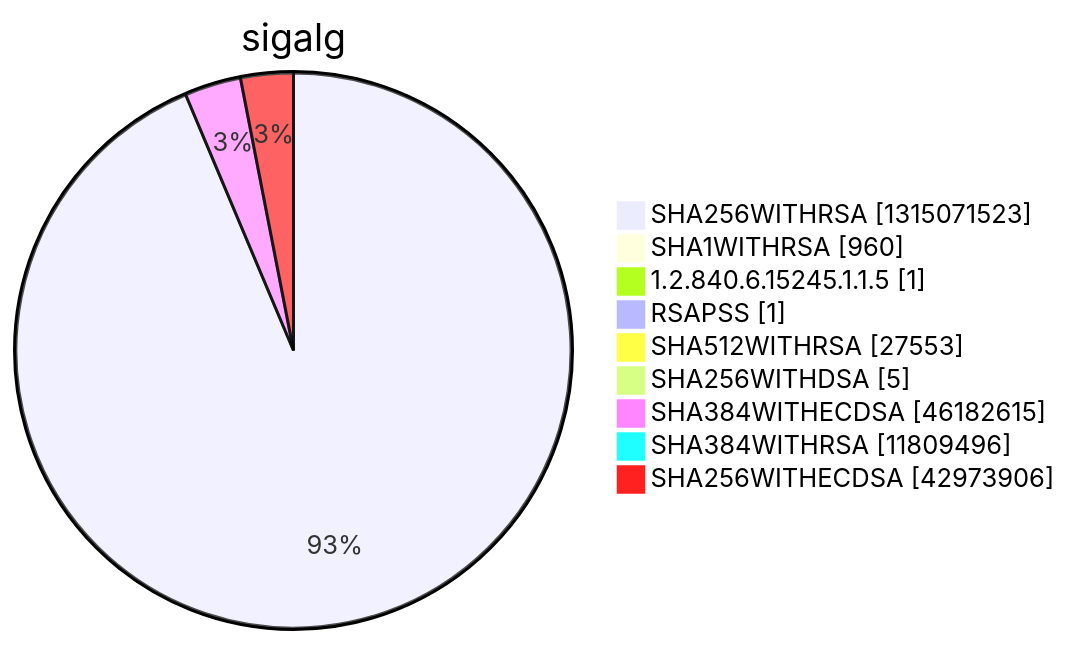
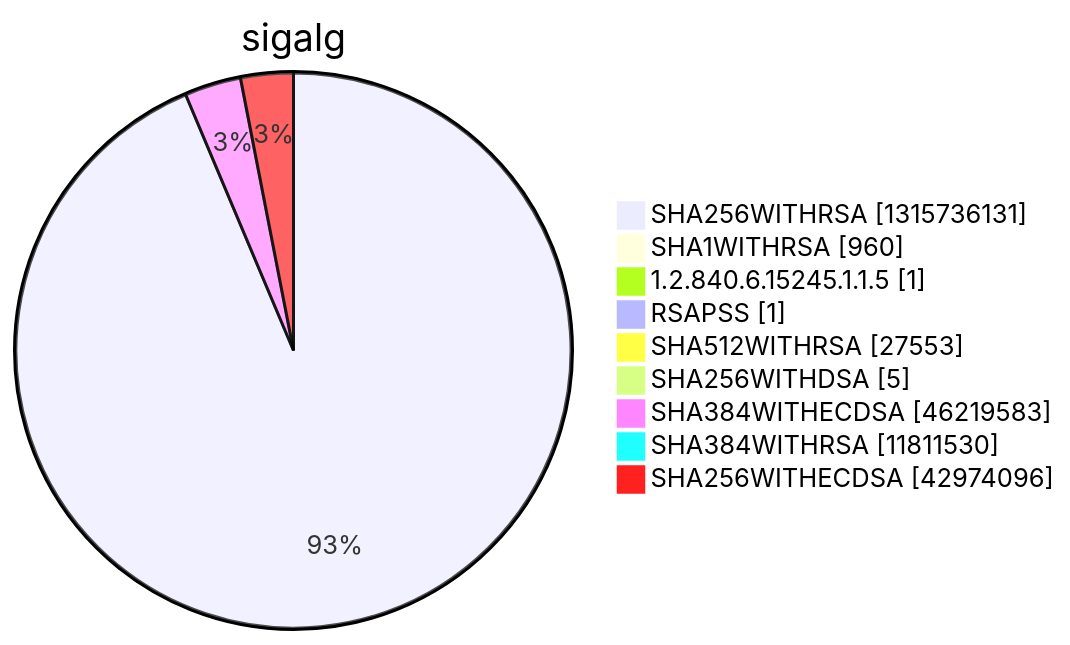
Diagram 15 of 15 in argon2022/README.md (christiankrug/ctmonitor_visualization), drawn with Mermaid before and after one commit. The commit also changed other lines of this file, not shown here.

````diff
--- a/argon2022/README.md
+++ b/argon2022/README.md
@@ -5524,13 +5524,13 @@
 ```mermaid
 pie showData
 title sigalg
-"SHA256WITHRSA" :1315071523
+"SHA256WITHRSA" :1315736131
 "SHA1WITHRSA" :960
 "1.2.840.6.15245.1.1.5" :1
 "RSAPSS" :1
 "SHA512WITHRSA" :27553
 "SHA256WITHDSA" :5
-"SHA384WITHECDSA" :46182615
-"SHA384WITHRSA" :11809496
-"SHA256WITHECDSA" :42973906
+"SHA384WITHECDSA" :46219583
+"SHA384WITHRSA" :11811530
+"SHA256WITHECDSA" :42974096
 ```
````
